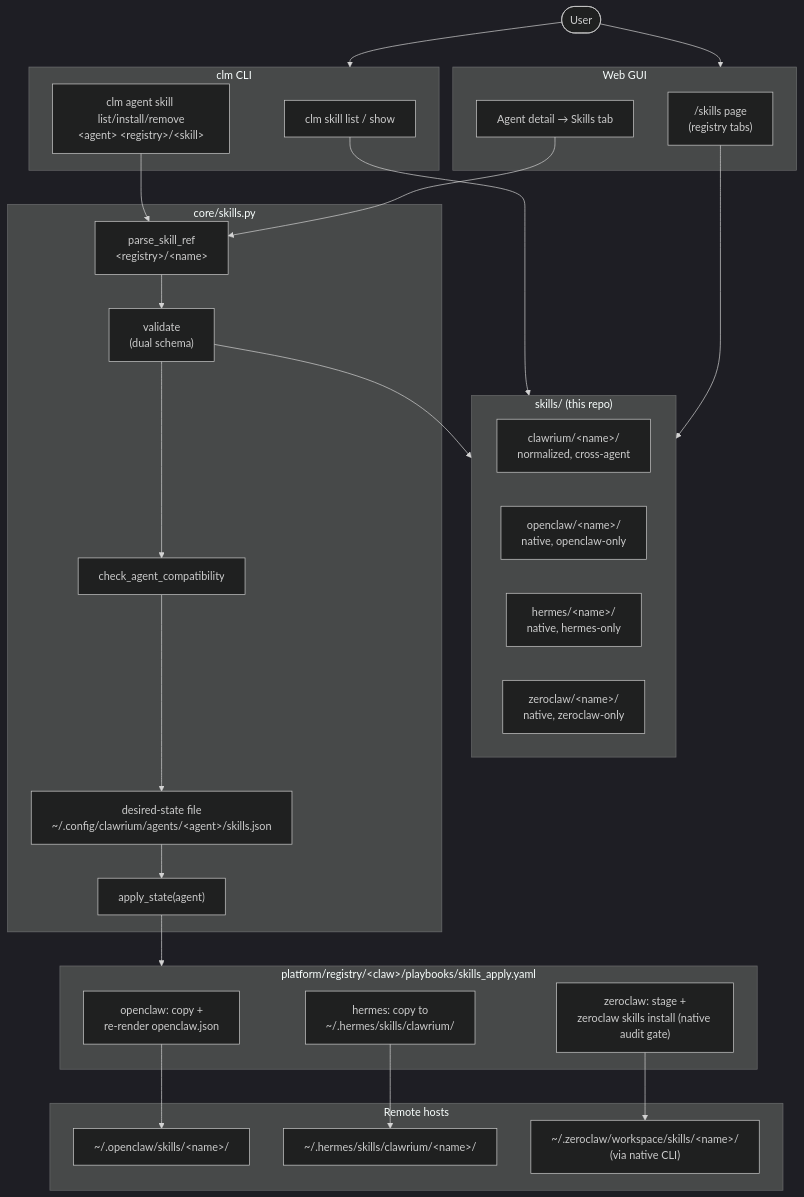
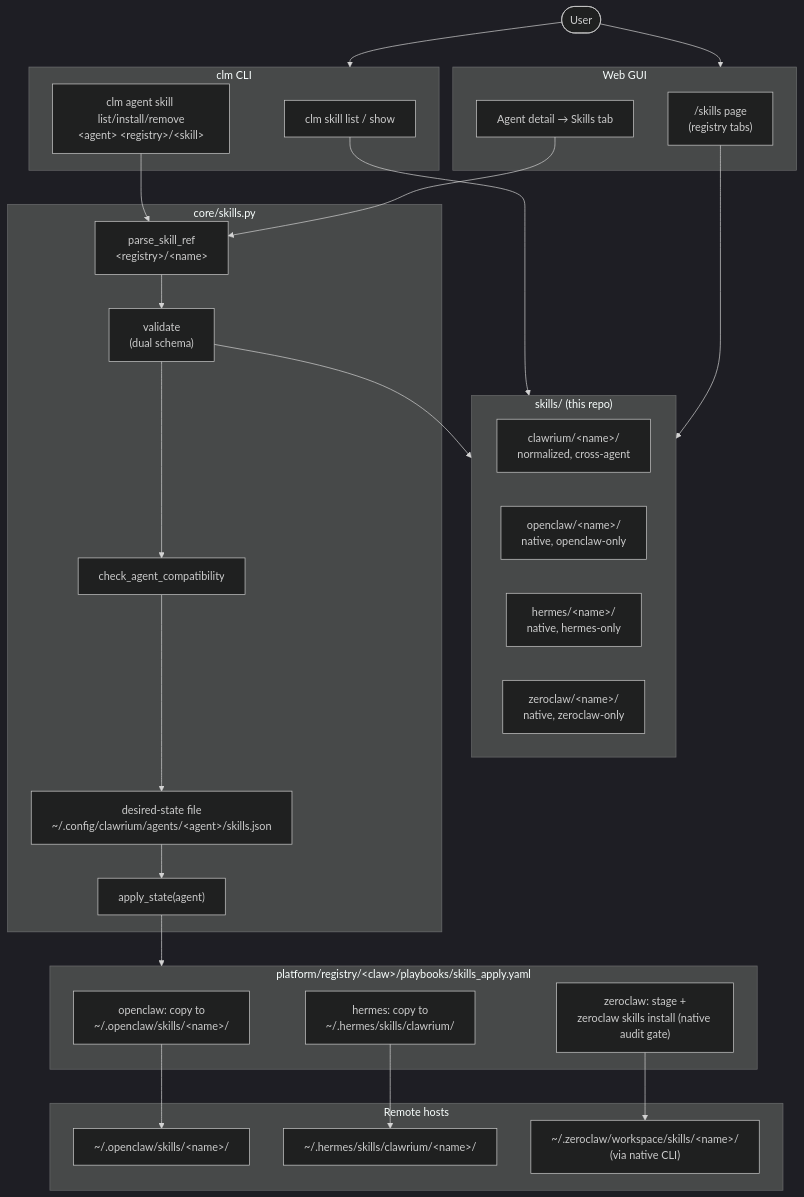
One commit to ric03uec/clawrium changed the diagram in .itx/364/00_PLAN.md. Above: the diagram before and after it, drawn with Mermaid (dark theme). The commit also changed other lines of this file and 1 other file, not shown here.

````diff
--- a/.itx/364/00_PLAN.md
+++ b/.itx/364/00_PLAN.md
@@ -7,57 +7,57 @@
 ```mermaid
 flowchart TD
     User([User])
 
     subgraph CLI["clm CLI"]
         SkillBrowse["clm skill list / show"]
         AgentSkill["clm agent skill list/install/remove<br/>&lt;agent&gt; &lt;registry&gt;/&lt;skill&gt;"]
     end
 
     subgraph GUI["Web GUI"]
         CatPage["/skills page<br/>(registry tabs)"]
         AgentTab["Agent detail → Skills tab"]
     end
 
     subgraph Catalog["skills/ (this repo)"]
         ClwReg["clawrium/&lt;name&gt;/<br/>normalized, cross-agent"]
         OcReg["openclaw/&lt;name&gt;/<br/>native, openclaw-only"]
         HeReg["hermes/&lt;name&gt;/<br/>native, hermes-only"]
         ZeReg["zeroclaw/&lt;name&gt;/<br/>native, zeroclaw-only"]
     end
 
     subgraph Core["core/skills.py"]
         ParseRef["parse_skill_ref<br/>&lt;registry&gt;/&lt;name&gt;"]
         Validate["validate<br/>(dual schema)"]
         Compat["check_agent_compatibility"]
         DState["desired-state file<br/>~/.config/clawrium/agents/&lt;agent&gt;/skills.json"]
         Apply["apply_state(agent)"]
     end
 
     subgraph Playbooks["platform/registry/&lt;claw&gt;/playbooks/skills_apply.yaml"]
-        OcApply["openclaw: copy +<br/>re-render openclaw.json"]
+        OcApply["openclaw: copy to<br/>~/.openclaw/skills/&lt;name&gt;/"]
         HeApply["hermes: copy to<br/>~/.hermes/skills/clawrium/"]
         ZeApply["zeroclaw: stage +<br/>zeroclaw skills install (native audit gate)"]
     end
 
     subgraph Remote["Remote hosts"]
         OcHost["~/.openclaw/skills/&lt;name&gt;/"]
         HeHost["~/.hermes/skills/clawrium/&lt;name&gt;/"]
         ZeHost["~/.zeroclaw/workspace/skills/&lt;name&gt;/<br/>(via native CLI)"]
     end
 
     User --> CLI
     User --> GUI
     SkillBrowse --> Catalog
     AgentSkill --> ParseRef
     CatPage --> Catalog
     AgentTab --> ParseRef
     ParseRef --> Validate
     Validate --> Catalog
     Validate --> Compat
     Compat --> DState
     DState --> Apply
     Apply --> Playbooks
     OcApply --> OcHost
     HeApply --> HeHost
     ZeApply --> ZeHost
 ```
````
